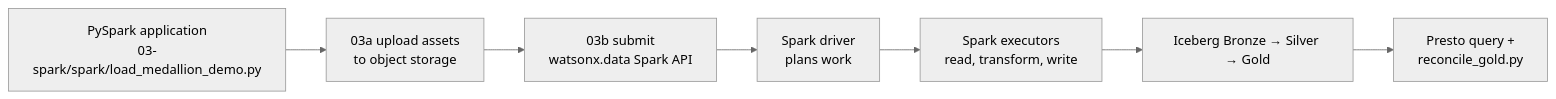
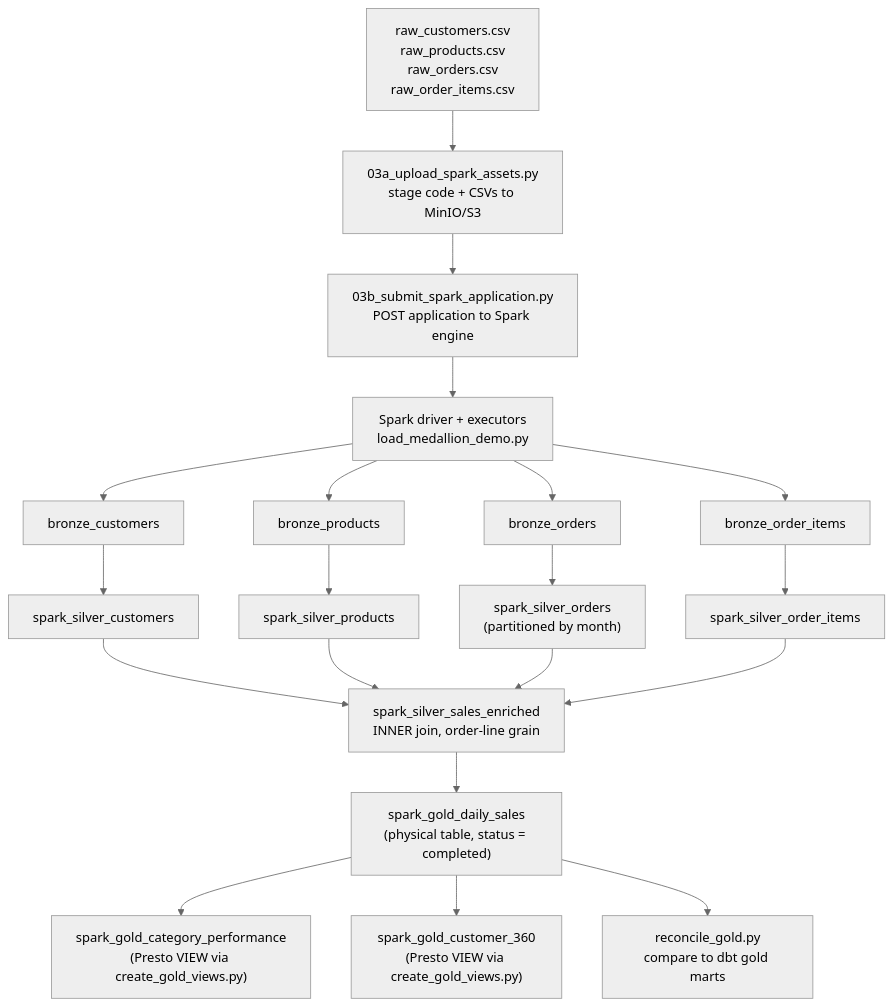
One commit to aseelert/ibmas-watsonxdata-dbt changed the diagram in docs/demo/spark.md. Above: the diagram before and after it, drawn with Mermaid (neutral theme). The commit also changed other lines of this file and 15 other files, not shown here.

First line of the commit message:
Add Enterprise docs section and deepen dbt/Spark/Confluent flow pages

````diff
--- a/docs/demo/spark.md
+++ b/docs/demo/spark.md
@@ -26,9 +230,30 @@
 ```mermaid
-flowchart LR
-  code["PySpark application\n03-spark/spark/load_medallion_demo.py"] --> stage["03a upload assets\nto object storage"]
-  stage --> api["03b submit\nwatsonx.data Spark API"]
-  api --> driver["Spark driver\nplans work"]
-  driver --> executors["Spark executors\nread, transform, write"]
-  executors --> iceberg["Iceberg Bronze → Silver → Gold"]
-  iceberg --> verify["Presto query +\nreconcile_gold.py"]
+flowchart TD
+  csv["raw_customers.csv\nraw_products.csv\nraw_orders.csv\nraw_order_items.csv"]
+  upload["03a_upload_spark_assets.py\nstage code + CSVs to MinIO/S3"]
+  submit["03b_submit_spark_application.py\nPOST application to Spark engine"]
+  driver["Spark driver + executors\nload_medallion_demo.py"]
+
+  csv --> upload --> submit --> driver
+
+  driver --> b1["bronze_customers"]
+  driver --> b2["bronze_products"]
+  driver --> b3["bronze_orders"]
+  driver --> b4["bronze_order_items"]
+
+  b1 --> s1["spark_silver_customers"]
+  b2 --> s2["spark_silver_products"]
+  b3 --> s3["spark_silver_orders\n(partitioned by month)"]
+  b4 --> s4["spark_silver_order_items"]
+
+  s1 --> enr["spark_silver_sales_enriched\nINNER join, order-line grain"]
+  s2 --> enr
+  s3 --> enr
+  s4 --> enr
+
+  enr --> g1["spark_gold_daily_sales\n(physical table, status = completed)"]
+  g1 --> g2["spark_gold_category_performance\n(Presto VIEW via create_gold_views.py)"]
+  g1 --> g3["spark_gold_customer_360\n(Presto VIEW via create_gold_views.py)"]
+
+  g1 --> recon["reconcile_gold.py\ncompare to dbt gold marts"]
 ```
````
